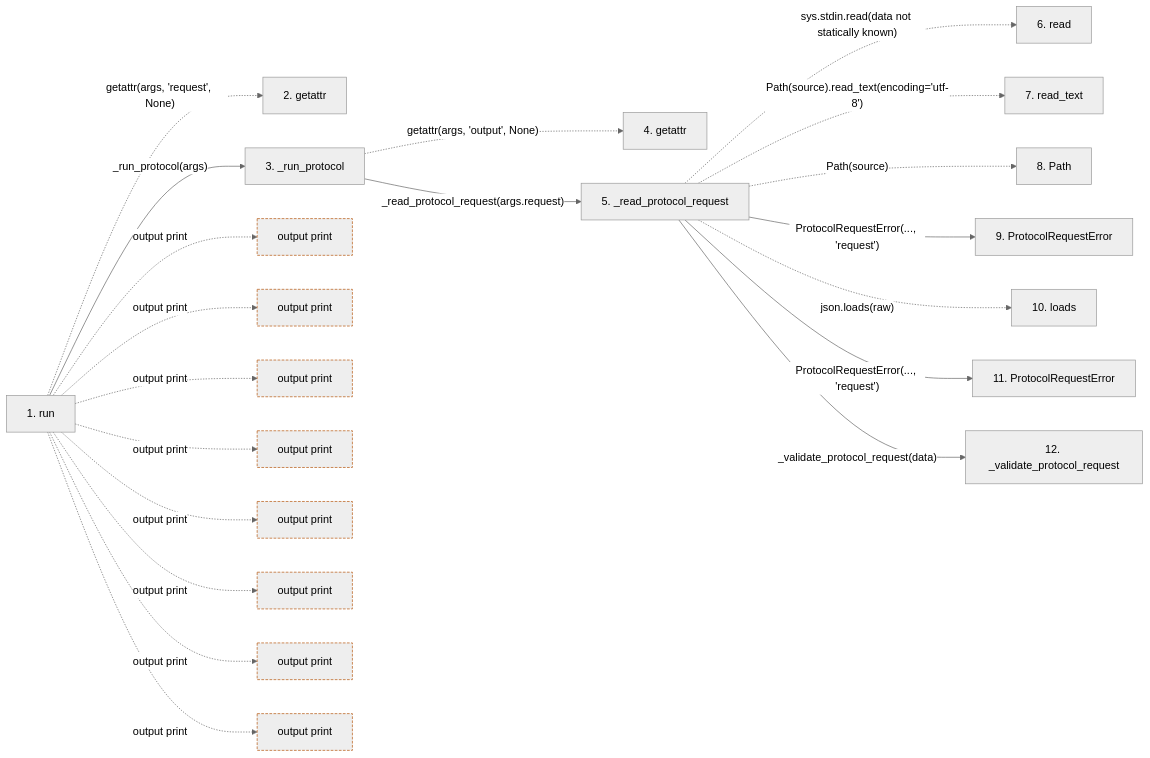
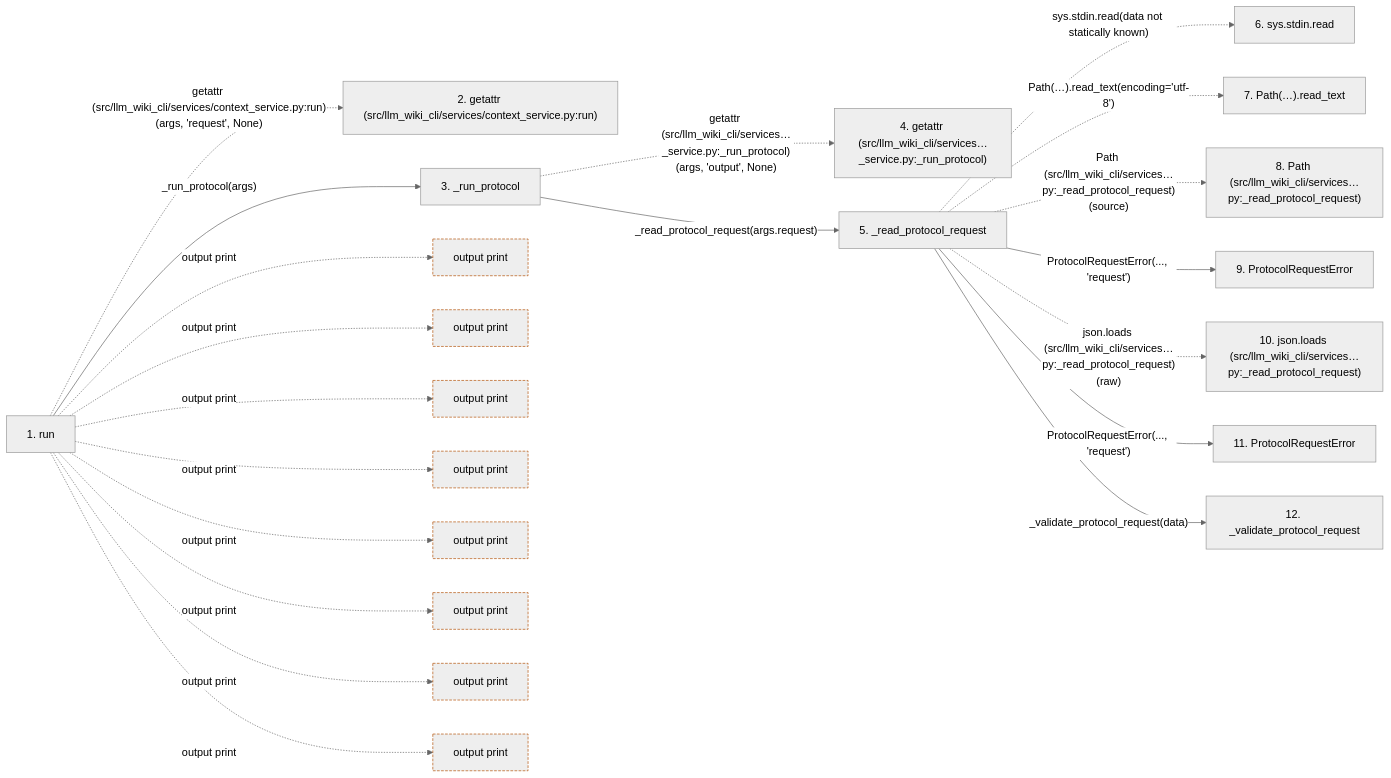
One commit to Denissvgn/python-wiki-llm changed the second of 2 diagrams in docs/llm_wiki/flows/cli-context.md. Above: the diagram before and after it, drawn with Mermaid (neutral theme). The commit also changed other lines of this file and 719 other files, not shown here.

````diff
--- a/docs/llm_wiki/flows/cli-context.md
+++ b/docs/llm_wiki/flows/cli-context.md
@@ -96,57 +101,57 @@
 ```mermaid
 flowchart LR
     s1["1. run"]
-    s2["2. getattr"]
+    s2["2. getattr (src/llm_wiki_cli/services/context_service.py:run)"]
     s3["3. _run_protocol"]
-    s4["4. getattr"]
+    s4["4. getattr (src/llm_wiki_cli/services…_service.py:_run_protocol)"]
     s5["5. _read_protocol_request"]
-    s6["6. read"]
-    s7["7. read_text"]
-    s8["8. Path"]
+    s6["6. sys.stdin.read"]
+    s7["7. Path(…).read_text"]
+    s8["8. Path (src/llm_wiki_cli/services…py:_read_protocol_request)"]
     s9["9. ProtocolRequestError"]
-    s10["10. loads"]
+    s10["10. json.loads (src/llm_wiki_cli/services…py:_read_protocol_request)"]
     s11["11. ProtocolRequestError"]
     s12["12. _validate_protocol_request"]
-    s1 -. "getattr(args, 'request', None)" .-> s2
+    s1 -. "getattr (src/llm_wiki_cli/services/context_service.py:run)(args, 'request', None)" .-> s2
     s1 -->|"_run_protocol(args)"| s3
-    s3 -. "getattr(args, 'output', None)" .-> s4
+    s3 -. "getattr (src/llm_wiki_cli/services…_service.py:_run_protocol)(args, 'output', None)" .-> s4
     s3 -->|"_read_protocol_request(args.request)"| s5
     s5 -. "sys.stdin.read(data not statically known)" .-> s6
-    s5 -. "Path(source).read_text(encoding='utf-8')" .-> s7
-    s5 -. "Path(source)" .-> s8
+    s5 -. "Path(…).read_text(encoding='utf-8')" .-> s7
+    s5 -. "Path (src/llm_wiki_cli/services…py:_read_protocol_request)(source)" .-> s8
     s5 -->|"ProtocolRequestError(..., 'request')"| s9
-    s5 -. "json.loads(raw)" .-> s10
+    s5 -. "json.loads (src/llm_wiki_cli/services…py:_read_protocol_request)(raw)" .-> s10
     s5 -->|"ProtocolRequestError(..., 'request')"| s11
     s5 -->|"_validate_protocol_request(data)"| s12
     b0["output print"]
     s1 -. "output print" .-> b0
     b1["output print"]
     s1 -. "output print" .-> b1
     b2["output print"]
     s1 -. "output print" .-> b2
     b3["output print"]
     s1 -. "output print" .-> b3
     b4["output print"]
     s1 -. "output print" .-> b4
     b5["output print"]
     s1 -. "output print" .-> b5
     b6["output print"]
     s1 -. "output print" .-> b6
     b7["output print"]
     s1 -. "output print" .-> b7
     click s1 "../modules/context_service.md"
     click s3 "../modules/context_service.md"
     click s5 "../modules/context_service.md"
     click s9 "../modules/context_service.md"
     click s11 "../modules/context_service.md"
     click s12 "../modules/context_service.md"
     classDef boundary stroke:#b45309,stroke-dasharray: 4 2
     class b0 boundary
     class b1 boundary
     class b2 boundary
     class b3 boundary
     class b4 boundary
     class b5 boundary
     class b6 boundary
     class b7 boundary
 ```
````
